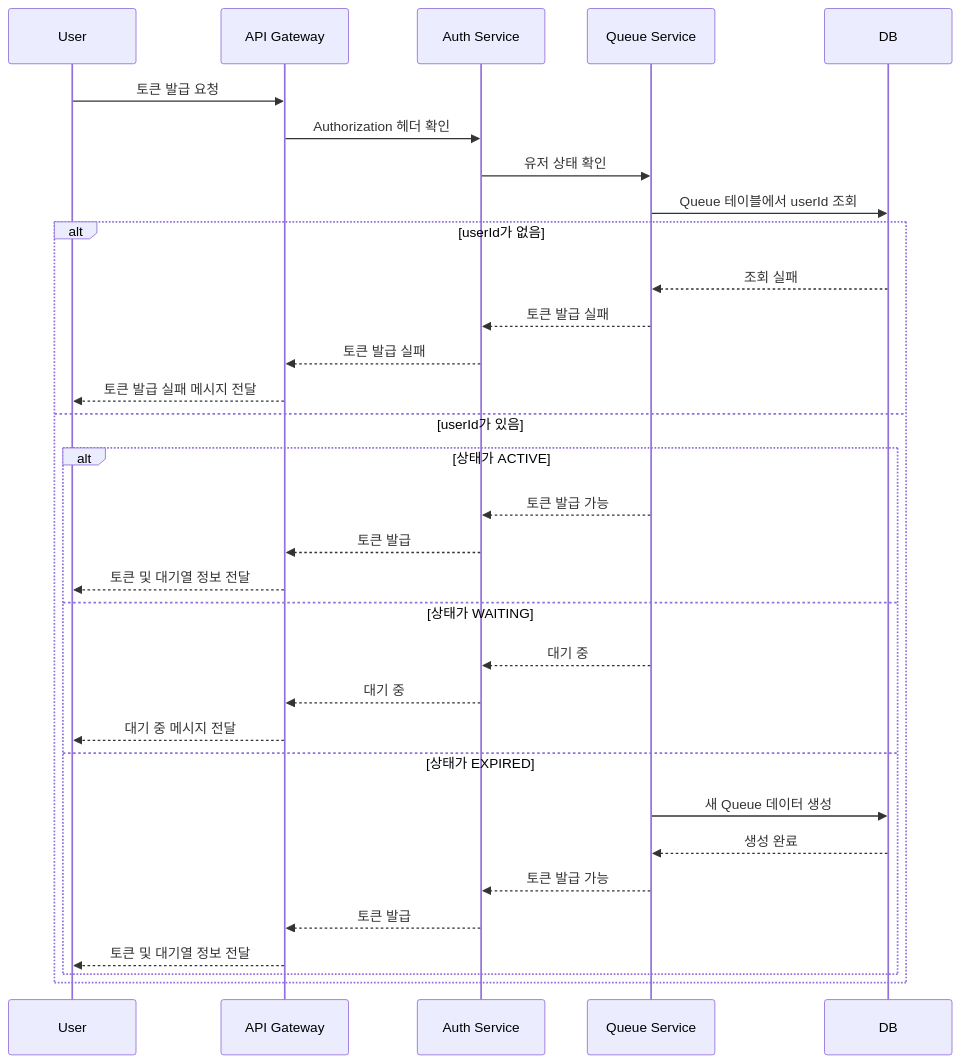
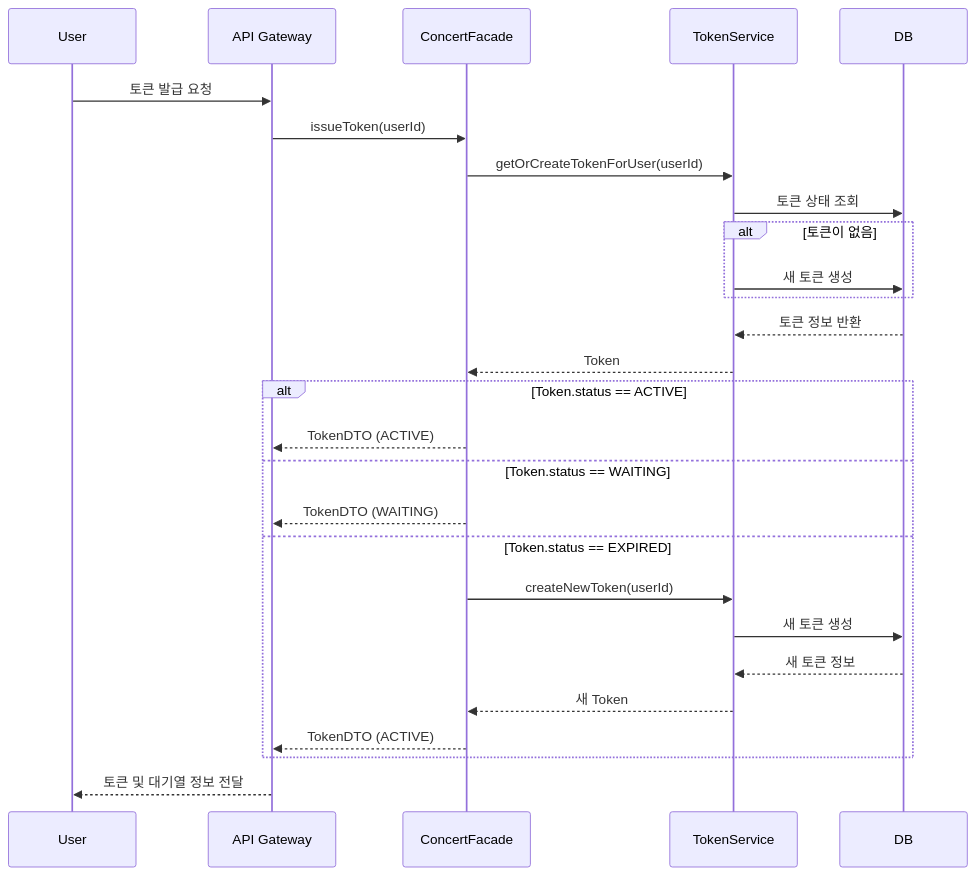
One commit to ghwoo93/hhplus-concert-3week changed the second of 10 diagrams in README.md. Above: the diagram before and after it, drawn with Mermaid. The commit also changed other lines of this file, not shown here.

````diff
--- a/README.md
+++ b/README.md
@@ -276,35 +334,30 @@
 ```mermaid
 sequenceDiagram
     participant User
     participant API Gateway
-    participant Auth Service
-    participant Queue Service
+    participant ConcertFacade
+    participant TokenService
     participant DB
 
     User->>API Gateway: 토큰 발급 요청
-    API Gateway->>Auth Service: Authorization 헤더 확인
-    Auth Service->>Queue Service: 유저 상태 확인
-    Queue Service->>DB: Queue 테이블에서 userId 조회
-    alt userId가 없음
-        DB-->>Queue Service: 조회 실패
-        Queue Service-->>Auth Service: 토큰 발급 실패
-        Auth Service-->>API Gateway: 토큰 발급 실패
-        API Gateway-->>User: 토큰 발급 실패 메시지 전달
-    else userId가 있음
-        alt 상태가 ACTIVE
-            Queue Service-->>Auth Service: 토큰 발급 가능
-            Auth Service-->>API Gateway: 토큰 발급
-            API Gateway-->>User: 토큰 및 대기열 정보 전달
-        else 상태가 WAITING
-            Queue Service-->>Auth Service: 대기 중
-            Auth Service-->>API Gateway: 대기 중
-            API Gateway-->>User: 대기 중 메시지 전달
-        else 상태가 EXPIRED
-            Queue Service->>DB: 새 Queue 데이터 생성
-            DB-->>Queue Service: 생성 완료
-            Queue Service-->>Auth Service: 토큰 발급 가능
-            Auth Service-->>API Gateway: 토큰 발급
-            API Gateway-->>User: 토큰 및 대기열 정보 전달
-        end
+    API Gateway->>ConcertFacade: issueToken(userId)
+    ConcertFacade->>TokenService: getOrCreateTokenForUser(userId)
+    TokenService->>DB: 토큰 상태 조회
+    alt 토큰이 없음
+        TokenService->>DB: 새 토큰 생성
     end
+    DB-->>TokenService: 토큰 정보 반환
+    TokenService-->>ConcertFacade: Token
+    alt Token.status == ACTIVE
+        ConcertFacade-->>API Gateway: TokenDTO (ACTIVE)
+    else Token.status == WAITING
+        ConcertFacade-->>API Gateway: TokenDTO (WAITING)
+    else Token.status == EXPIRED
+        ConcertFacade->>TokenService: createNewToken(userId)
+        TokenService->>DB: 새 토큰 생성
+        DB-->>TokenService: 새 토큰 정보
+        TokenService-->>ConcertFacade: 새 Token
+        ConcertFacade-->>API Gateway: TokenDTO (ACTIVE)
+    end
+    API Gateway-->>User: 토큰 및 대기열 정보 전달
 ```
````
